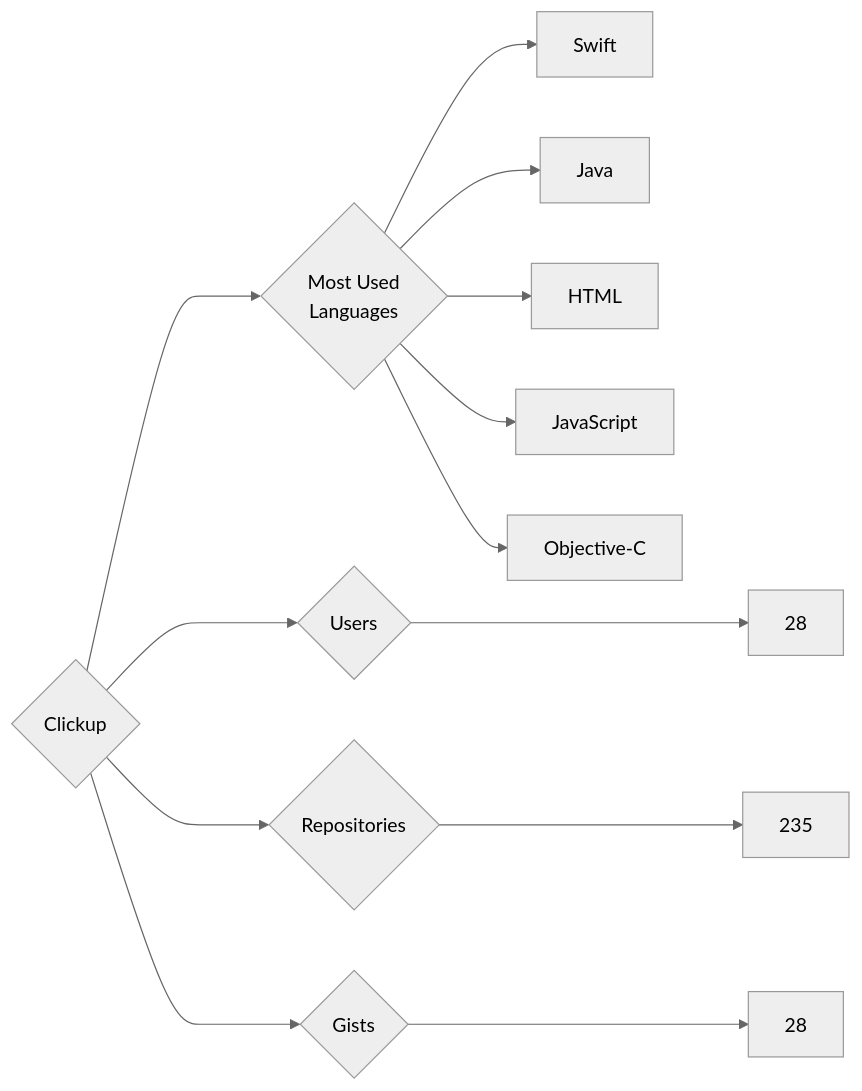
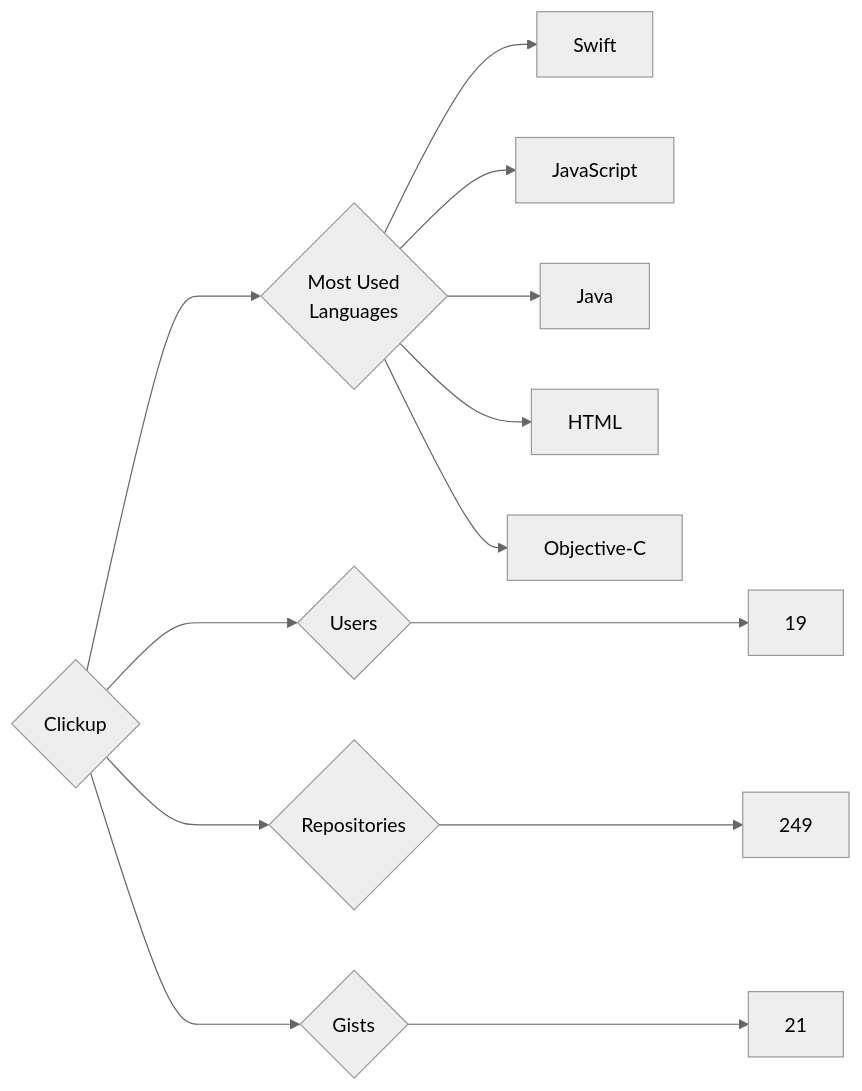
Before and after one commit to trickest/insiders: the diagram in targets/Clickup/README.md, drawn with Mermaid (neutral theme). The commit also changed 861 other files, not shown here.

````diff
--- a/targets/Clickup/README.md
+++ b/targets/Clickup/README.md
@@ -3,13 +3,13 @@
 ```mermaid
 graph LR
 COMPANY_NAME{Clickup}
-COMPANY_NAME ---> U{Users} ---> UN[28]
-COMPANY_NAME ---> R{Repositories} ---> RN[235]
-COMPANY_NAME ---> G{Gists} ---> GN[28]
+COMPANY_NAME ---> U{Users} ---> UN[19]
+COMPANY_NAME ---> R{Repositories} ---> RN[249]
+COMPANY_NAME ---> G{Gists} ---> GN[21]
 COMPANY_NAME ---> ML{Most Used<br>Languages}
 ML --> Swift[Swift]
+ML --> JavaScript[JavaScript]
 ML --> Java[Java]
 ML --> HTML[HTML]
-ML --> JavaScript[JavaScript]
 ML --> Objective-C[Objective-C]
 ```
````
